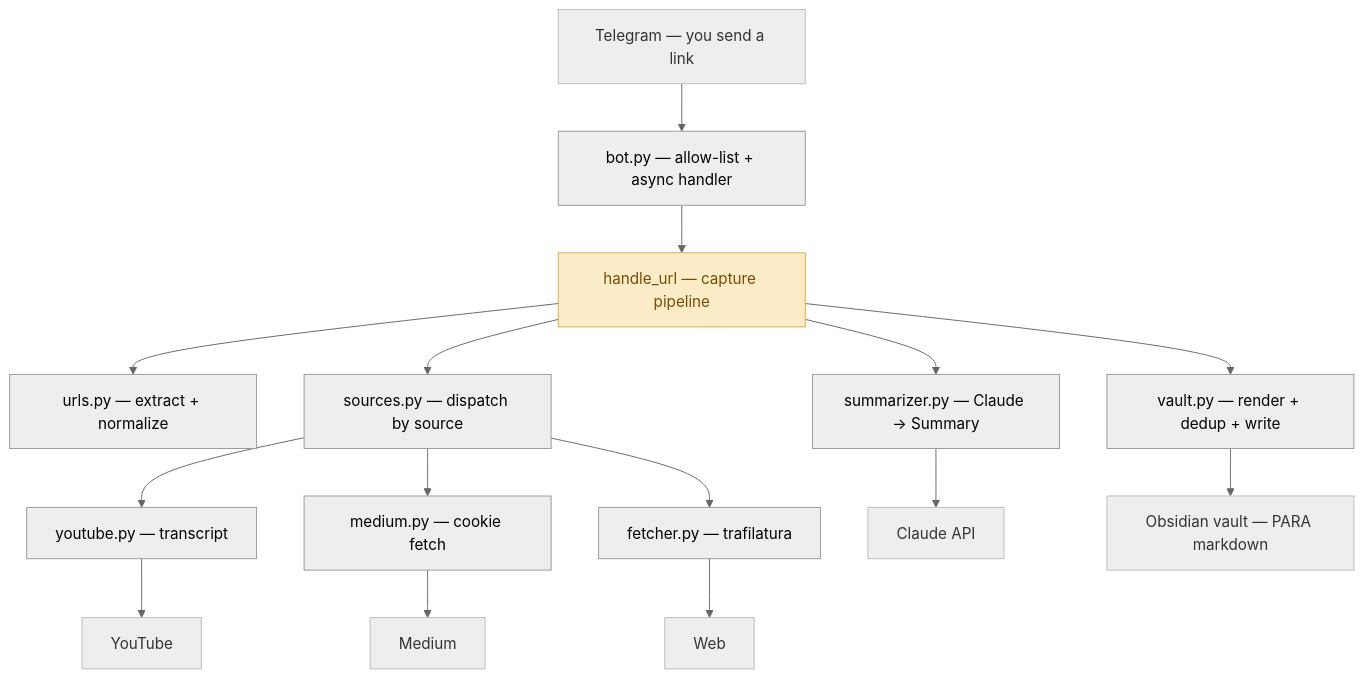
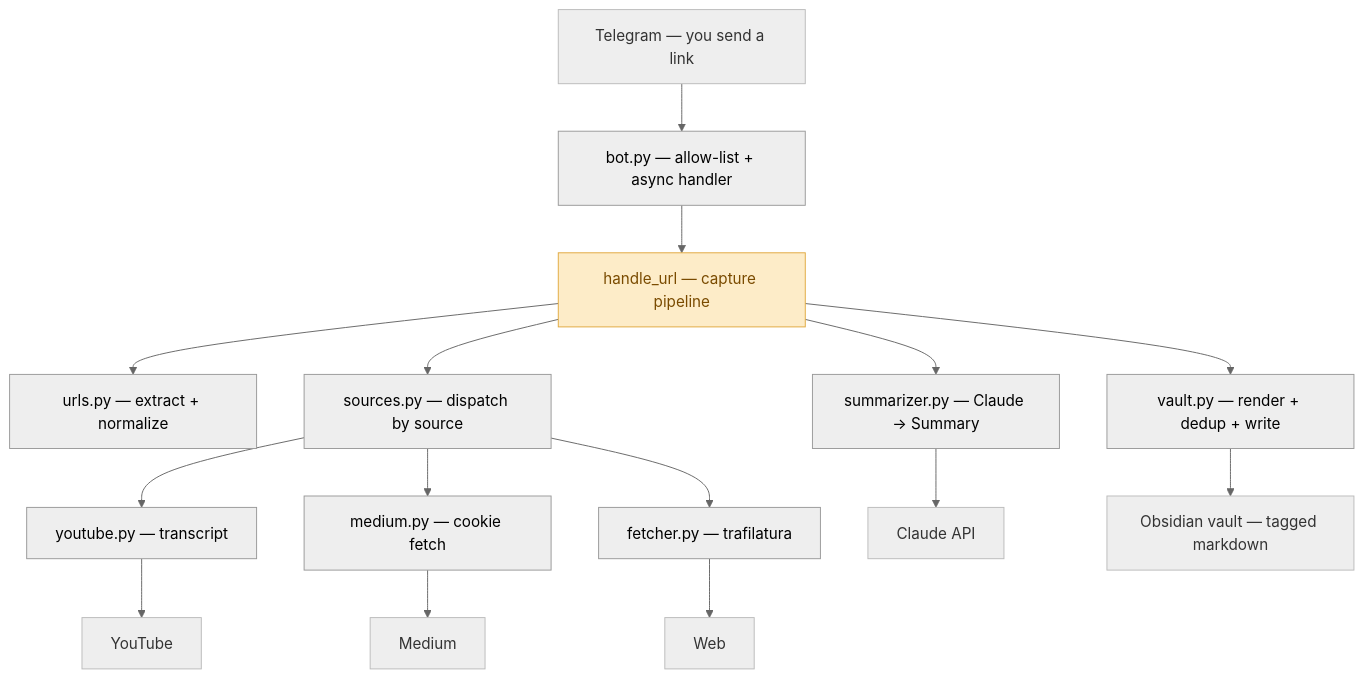
Before and after one commit to rhuanca/example-second-brain: the first of 2 diagrams in README.md, drawn with Mermaid (neutral theme). The commit also changed other lines of this file and 14 other files, not shown here.

Commit message:
refactor: flat tag-based vault, retire PARA

````diff
--- a/README.md
+++ b/README.md
@@ -105,22 +106,22 @@
 ```mermaid
 flowchart TD
     tg["Telegram — you send a link"] --> bot["bot.py — allow-list + async handler"]
     bot --> handle["handle_url — capture pipeline"]
     handle --> urls["urls.py — extract + normalize"]
     handle --> sources["sources.py — dispatch by source"]
     handle --> summarizer["summarizer.py — Claude → Summary"]
     handle --> vault["vault.py — render + dedup + write"]
     sources --> youtube["youtube.py — transcript"]
     sources --> medium["medium.py — cookie fetch"]
     sources --> fetcher["fetcher.py — trafilatura"]
     summarizer --> claude["Claude API"]
-    vault --> obsidian["Obsidian vault — PARA markdown"]
+    vault --> obsidian["Obsidian vault — tagged markdown"]
     youtube --> yt["YouTube"]
     medium --> md["Medium"]
     fetcher --> web["Web"]
 
     classDef focal fill:#fdecc8,stroke:#e0a93f,color:#7a4b00;
     classDef ext fill:#eeeeee,stroke:#bbbbbb,color:#333333;
     class handle focal;
     class tg,claude,obsidian,yt,md,web ext;
 ```
````
